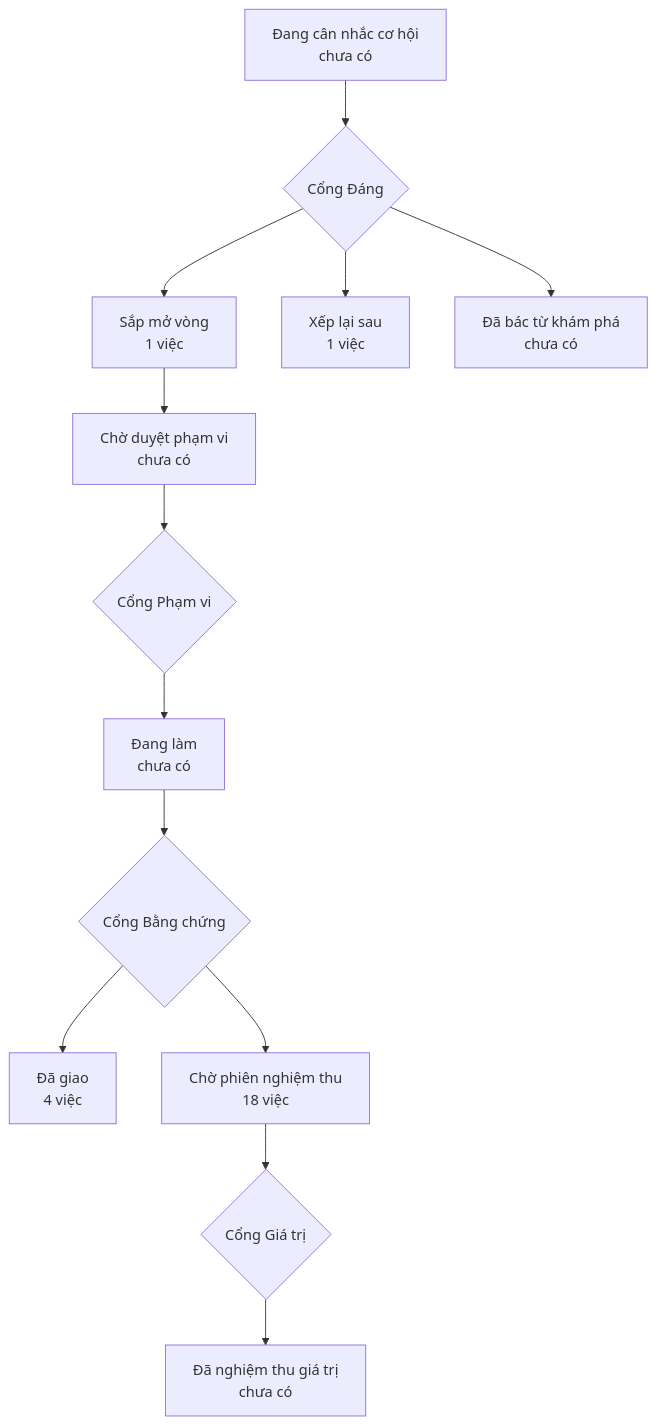
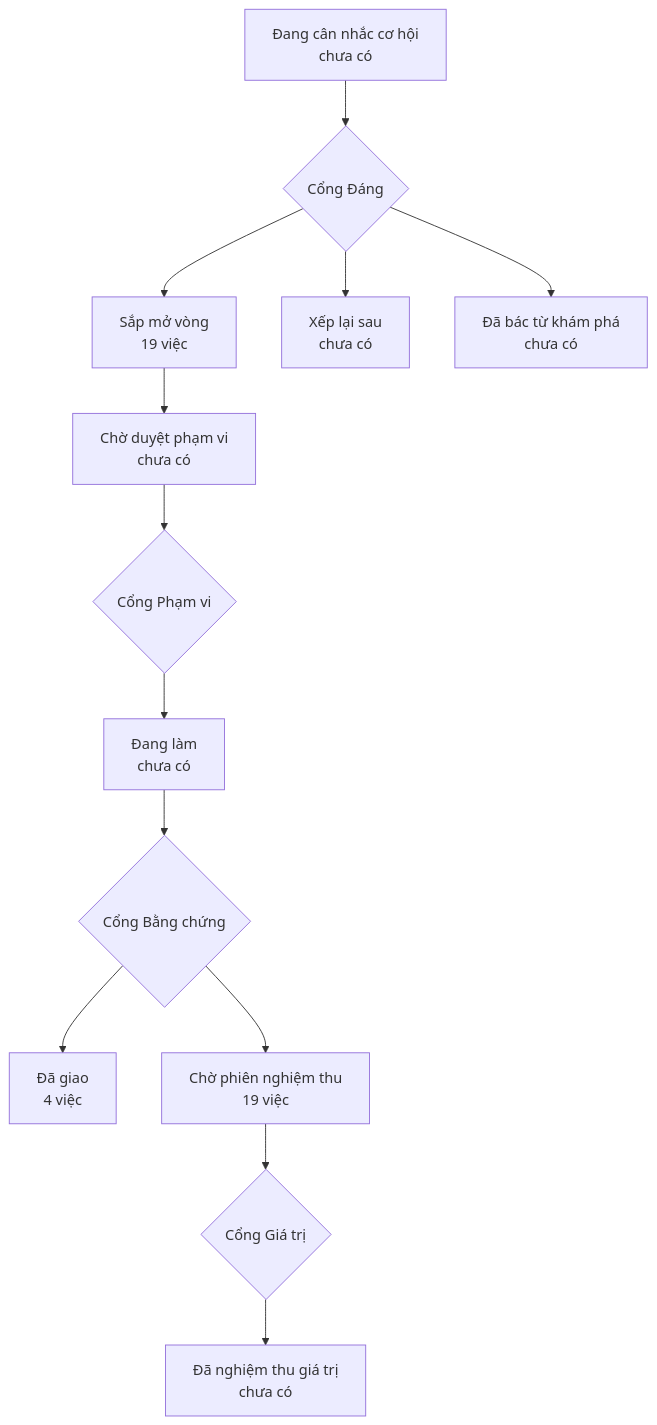
One commit to phanlemanh/onehub-quy-hang changed the diagram in PRODUCT-MAP.md. Above: the diagram before and after it, drawn with Mermaid. The commit also changed other lines of this file and 1 other file, not shown here.

Commit message:
chore(product-map): vẽ lại sau khi gộp main

````diff
--- a/PRODUCT-MAP.md
+++ b/PRODUCT-MAP.md
@@ -7,12 +7,12 @@
 ```mermaid
 flowchart TD
   A["Đang cân nhắc cơ hội<br/>chưa có"] --> GD{"Cổng Đáng"}
-  GD --> B["Sắp mở vòng<br/>1 việc"]
-  GD --> XL["Xếp lại sau<br/>1 việc"]
+  GD --> B["Sắp mở vòng<br/>19 việc"]
+  GD --> XL["Xếp lại sau<br/>chưa có"]
   GD --> DB["Đã bác từ khám phá<br/>chưa có"]
   B --> CD["Chờ duyệt phạm vi<br/>chưa có"] --> GP{"Cổng Phạm vi"}
   GP --> DL["Đang làm<br/>chưa có"] --> GB{"Cổng Bằng chứng"}
   GB --> DG["Đã giao<br/>4 việc"]
-  GB --> CN["Chờ phiên nghiệm thu<br/>18 việc"] --> GG{"Cổng Giá trị"}
+  GB --> CN["Chờ phiên nghiệm thu<br/>19 việc"] --> GG{"Cổng Giá trị"}
   GG --> NT["Đã nghiệm thu giá trị<br/>chưa có"]
 ```
````
